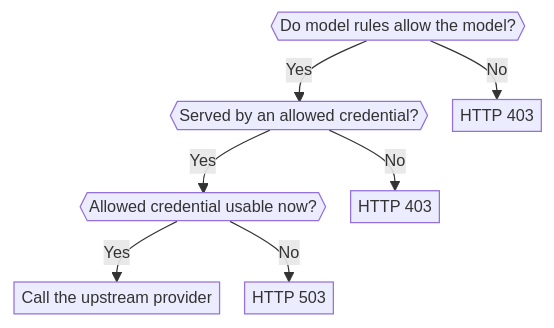
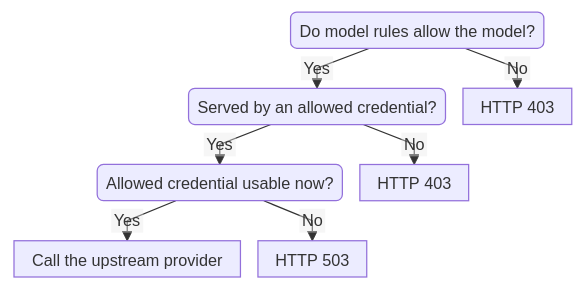
The diagram in README.en.md (haowang02/cpa-plugin-key-billing), drawn with Mermaid before and after one commit. The commit also changed 1 other file, not shown here.

Commit message:
docs: compact routing diagrams on GitHub

````diff
--- a/README.en.md
+++ b/README.en.md
@@ -110,19 +110,25 @@
 ```mermaid
 ---
 config:
+  layout: dagre
+  look: classic
+  htmlLabels: false
   themeVariables:
     fontSize: "13px"
   flowchart:
     diagramPadding: 4
-    nodeSpacing: 20
-    rankSpacing: 28
-    padding: 3
+    nodeSpacing: 14
+    rankSpacing: 13
+    padding: 7
+    minNodeWidth: 0
+    wrappingWidth: 240
+    curve: linear
 ---
 flowchart TB
-    D{{Do model rules allow the model?}} -- Yes --> E{{Served by an allowed credential?}}
-    E -- Yes --> P{{Allowed credential usable now?}}
+    D("Do model rules allow the model?") -- Yes --> E("Served by an allowed credential?")
+    E -- Yes --> P("Allowed credential usable now?")
     P -- Yes --> U[Call the upstream provider]
     D -- No --> R1[HTTP 403]
     E -- No --> R2[HTTP 403]
     P -- No --> S[HTTP 503]
 ```
````
